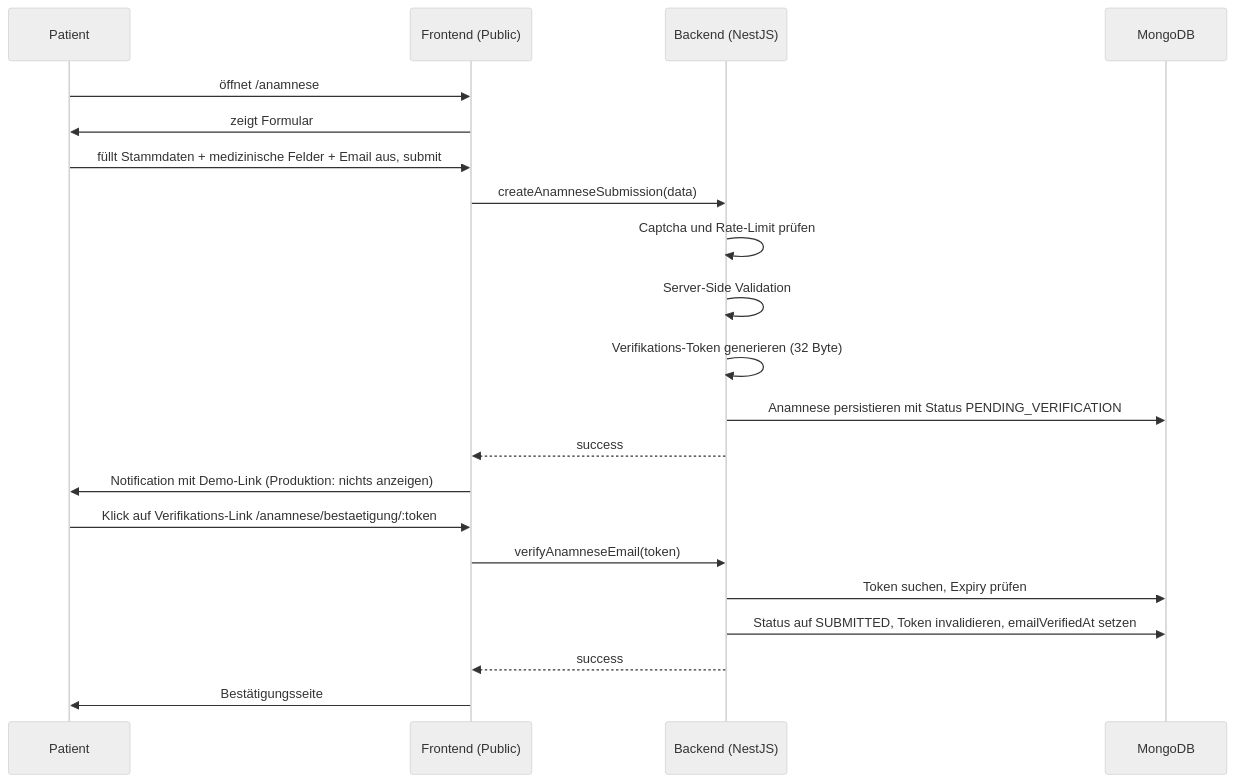
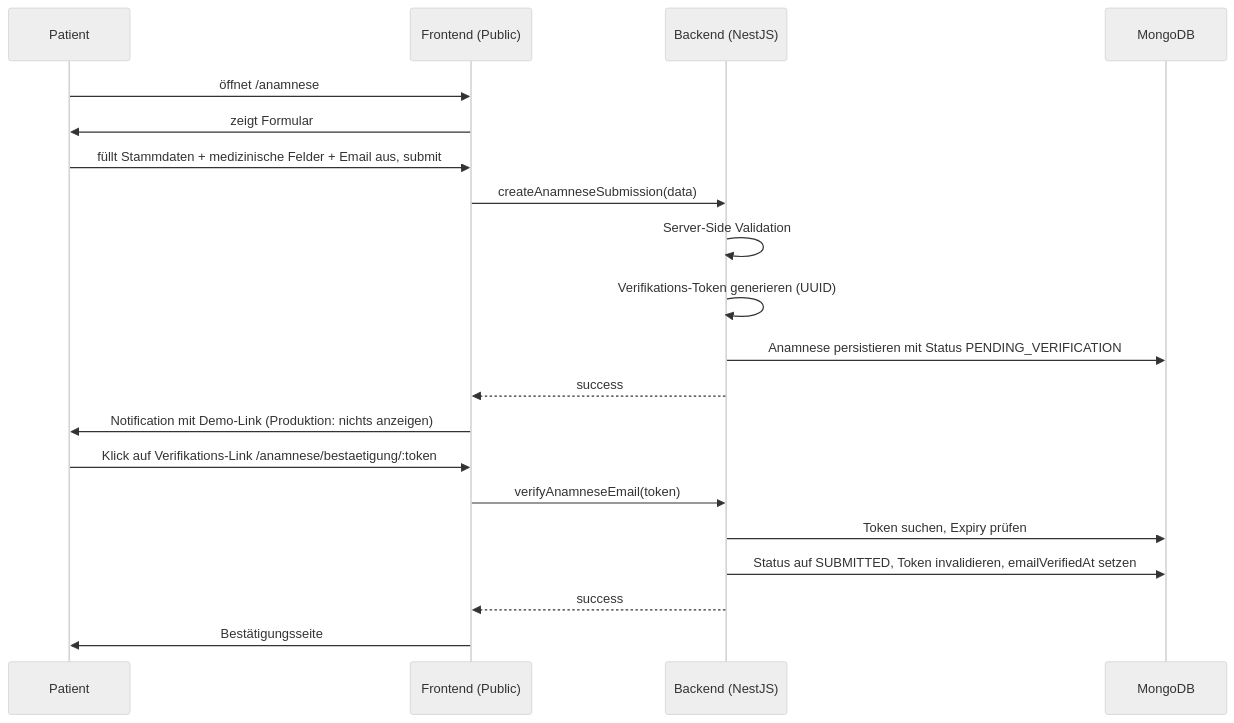
One commit to JulLeuverink/schoen-klinik-coding-challenge changed the diagram in docs/auth-public-bogen.md. Above: the diagram before and after it, drawn with Mermaid (neutral theme). The commit also changed other lines of this file and 16 other files, not shown here.

````diff
--- a/docs/auth-public-bogen.md
+++ b/docs/auth-public-bogen.md
@@ -29,24 +29,23 @@
 ```mermaid
 sequenceDiagram
     participant P as Patient
     participant FE as Frontend (Public)
     participant BE as Backend (NestJS)
     participant DB as MongoDB
 
     P->>FE: öffnet /anamnese
     FE->>P: zeigt Formular
     P->>FE: füllt Stammdaten + medizinische Felder + Email aus, submit
     FE->>BE: createAnamneseSubmission(data)
-    BE->>BE: Captcha und Rate-Limit prüfen
     BE->>BE: Server-Side Validation
-    BE->>BE: Verifikations-Token generieren (32 Byte)
+    BE->>BE: Verifikations-Token generieren (UUID)
     BE->>DB: Anamnese persistieren mit Status PENDING_VERIFICATION
     BE-->>FE: success
     FE->>P: Notification mit Demo-Link (Produktion: nichts anzeigen)
     P->>FE: Klick auf Verifikations-Link /anamnese/bestaetigung/:token
     FE->>BE: verifyAnamneseEmail(token)
     BE->>DB: Token suchen, Expiry prüfen
     BE->>DB: Status auf SUBMITTED, Token invalidieren, emailVerifiedAt setzen
     BE-->>FE: success
     FE->>P: Bestätigungsseite
 ```
````
